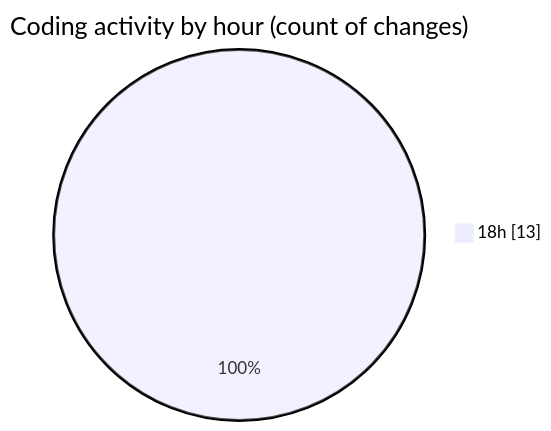
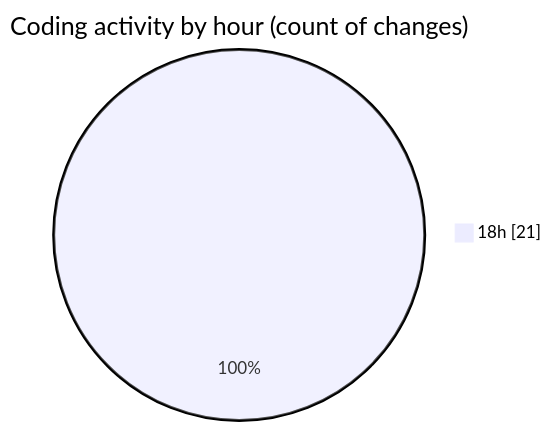
Before and after one commit to Netris89/code-tracking: the second of 2 diagrams in 2025-04-02/back-end/README.md, drawn with Mermaid. The commit also changed other lines of this file and 1 other file, not shown here.

````diff
--- a/2025-04-02/back-end/README.md
+++ b/2025-04-02/back-end/README.md
@@ -28,5 +28,5 @@
 ```mermaid
 pie showData
 title Coding activity by hour (count of changes)
-"18h" : 13
+"18h" : 21
 ```
````
